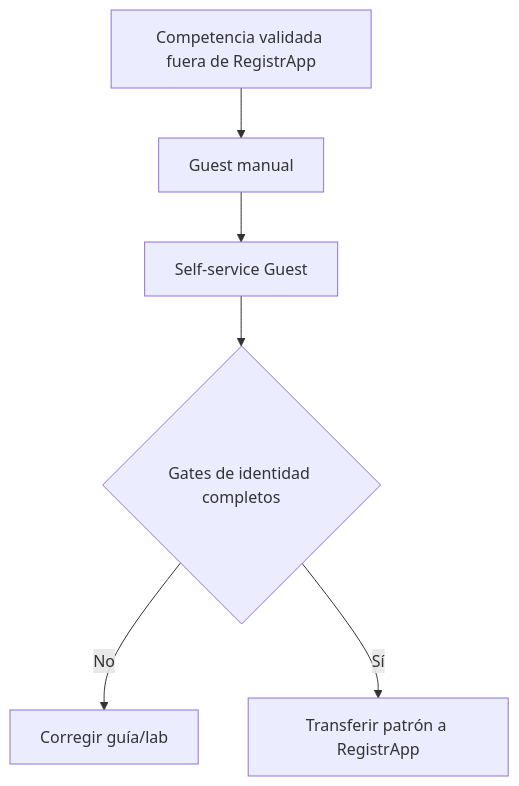
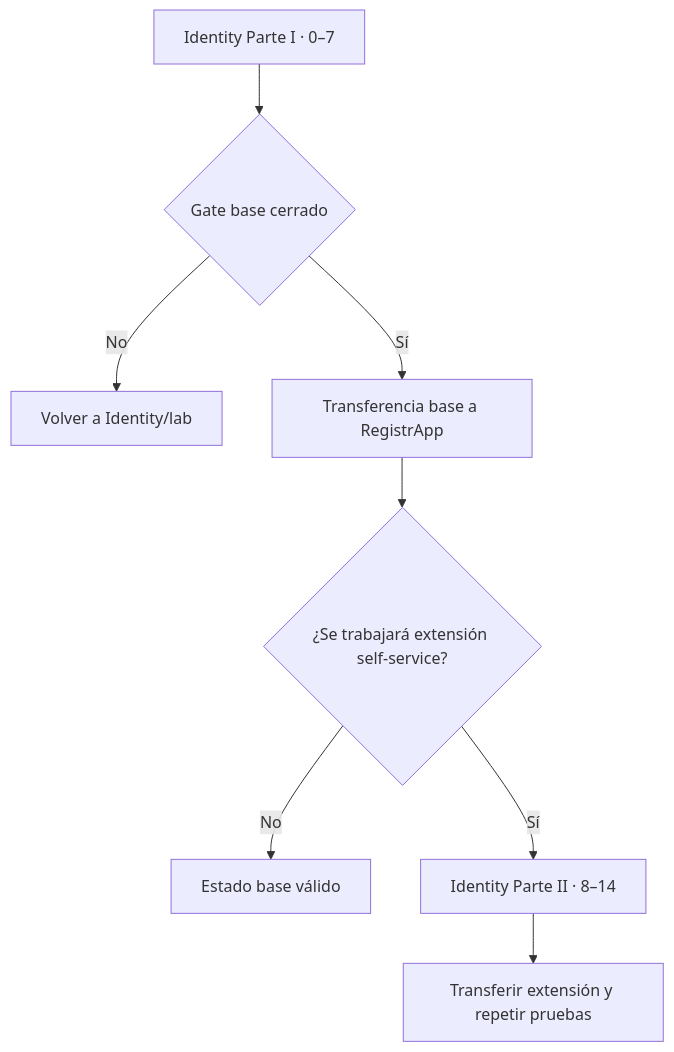
Before and after one commit to cmartinezs/DSY1107-DESARROLLO-CLOUD-NATIVE-I-2026-2: the first of 4 diagrams in proyecto-formativo/semana-04/guia-operativa-identidad-entra.md, drawn with Mermaid. The commit also changed other lines of this file, not shown here.

Commit message:
docs(registrapp): separate base identity gate from self-service extension

````diff
--- a/proyecto-formativo/semana-04/guia-operativa-identidad-entra.md
+++ b/proyecto-formativo/semana-04/guia-operativa-identidad-entra.md
@@ -26,8 +12,10 @@
 ```mermaid
 flowchart TD
-    LAB[Competencia validada fuera de RegistrApp] --> M[Guest manual]
-    M --> S[Self-service Guest]
-    S --> G{Gates de identidad completos}
-    G -- No --> FIX[Corregir guía/lab]
-    G -- Sí --> REG[Transferir patrón a RegistrApp]
+    P1[Identity Parte I · 0–7] --> G1{Gate base cerrado}
+    G1 -- No --> FIX[Volver a Identity/lab]
+    G1 -- Sí --> REG[Transferencia base a RegistrApp]
+    REG --> P2{¿Se trabajará extensión self-service?}
+    P2 -- No --> DONE[Estado base válido]
+    P2 -- Sí --> EXT[Identity Parte II · 8–14]
+    EXT --> REG2[Transferir extensión y repetir pruebas]
 ```
````
